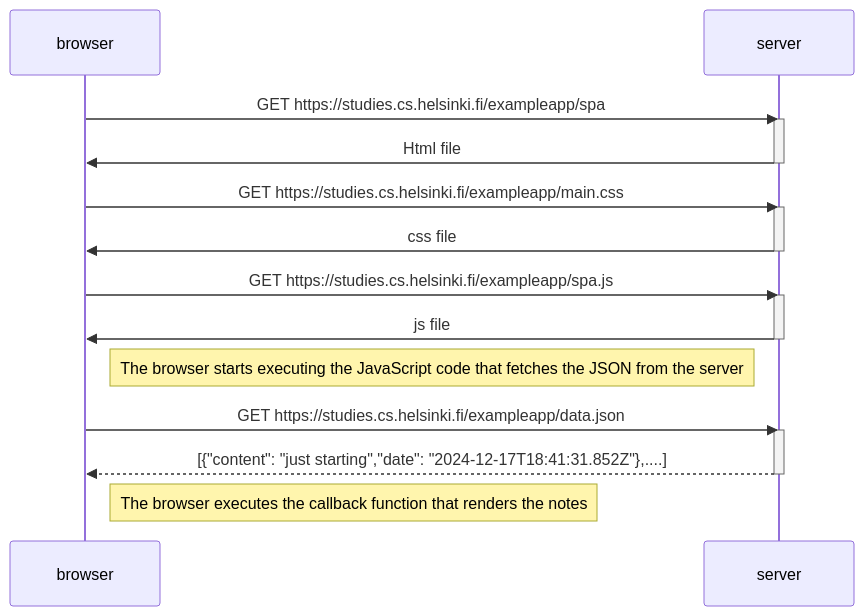
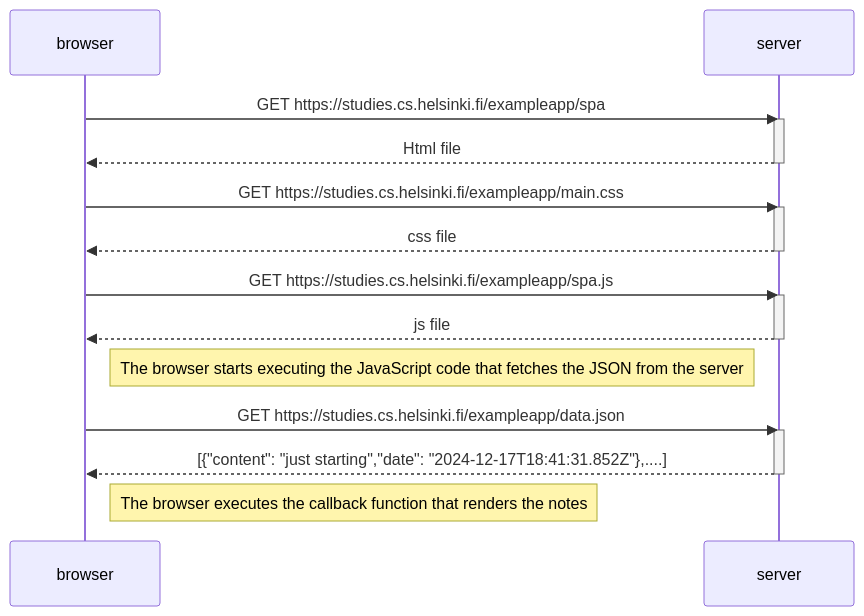
The diagram in Part 0/0.5-Single-page-app-diagram.md (abdulgafar01/full-stack-open-2024), drawn with Mermaid before and after one commit. The commit also changed 1 other file, not shown here.

Commit message:
0.6-New-note-in-single-page-app-diagram

````diff
--- a/Part 0/0.5-Single-page-app-diagram.md
+++ b/Part 0/0.5-Single-page-app-diagram.md
@@ -1,31 +1,31 @@
 ``` mermaid
 sequenceDiagram
     participant browser
     participant server
 
     browser->> server: GET https://studies.cs.helsinki.fi/exampleapp/spa
     activate server 
-    server ->> browser: Html file
+    server -->> browser: Html file
     deactivate server
 
     browser->> server: GET https://studies.cs.helsinki.fi/exampleapp/main.css
     activate server 
-    server ->> browser: css file
+    server -->> browser: css file
     deactivate server
 
     browser->> server: GET https://studies.cs.helsinki.fi/exampleapp/spa.js
     activate server 
-    server ->> browser: js file
+    server -->> browser: js file
     deactivate server
 
     Note right of browser: The browser starts executing the JavaScript code that fetches the JSON from the server
 
     browser->>server: GET https://studies.cs.helsinki.fi/exampleapp/data.json
     activate server
     server-->>browser: [{"content": "just starting","date": "2024-12-17T18:41:31.852Z"},....]
     deactivate server
 
     Note right of browser: The browser executes the callback function that renders the notes
     
 
 ```
````
